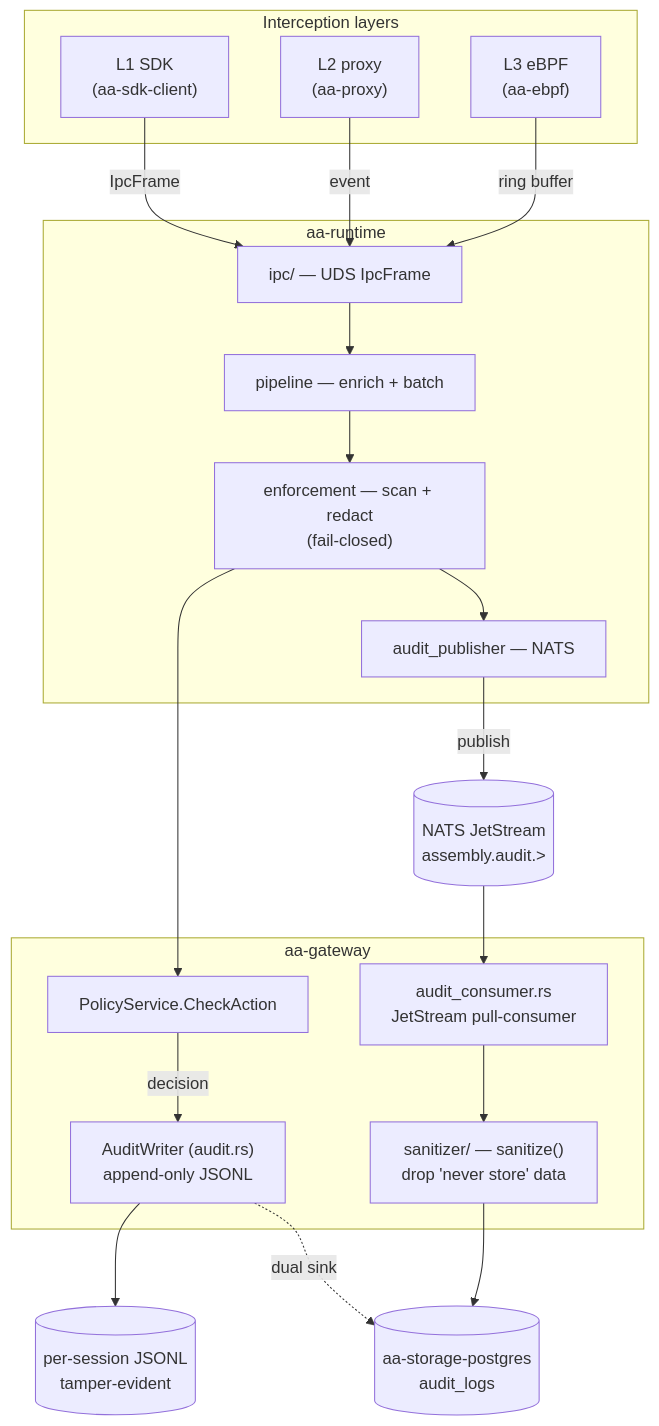
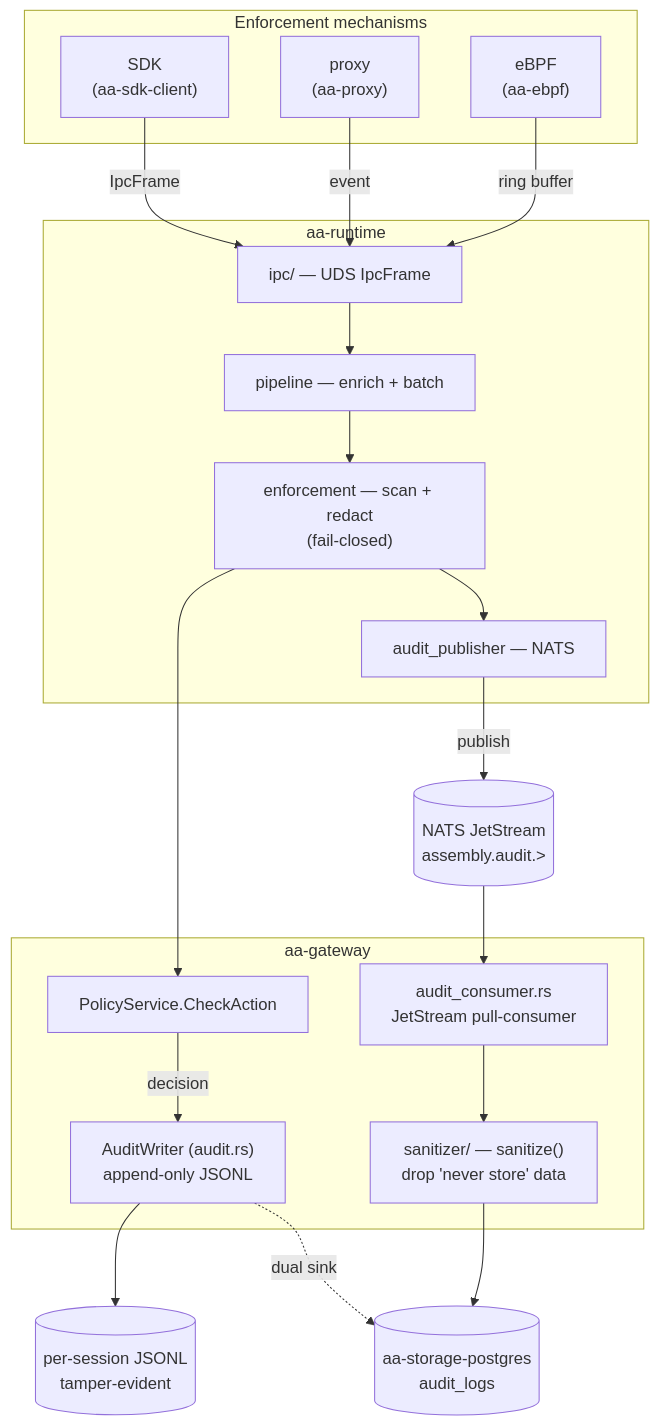
One commit to ai-agent-assembly/agent-assembly changed the first of 4 diagrams in docs/src/architecture/data-flows.md. Above: the diagram before and after it, drawn with Mermaid. The commit also changed other lines of this file and 2 other files, not shown here.

Commit message:
📝 (docs): Re-term capability-matrix.md and data-flows.md diagrams
Re-terms 'three interception layers'/L1·L2·L3 ordering to 'enforcement
mechanisms' in capability-matrix.md's relationship table and
data-flows.md's structural mermaid subgraph + summary table.
capability-matrix.md's banned-absolute L2 claim was already corrected
by a prior ticket and is left as its own historical record.

Per ADR 0033 §A migration checklist — checks off both remaining items.

````diff
--- a/docs/src/architecture/data-flows.md
+++ b/docs/src/architecture/data-flows.md
@@ -12,39 +12,39 @@
 ```mermaid
 flowchart TD
-    subgraph layers["Interception layers"]
-        L1["L1 SDK<br/>(aa-sdk-client)"]
-        L2["L2 proxy<br/>(aa-proxy)"]
-        L3["L3 eBPF<br/>(aa-ebpf)"]
+    subgraph layers["Enforcement mechanisms"]
+        L1["SDK<br/>(aa-sdk-client)"]
+        L2["proxy<br/>(aa-proxy)"]
+        L3["eBPF<br/>(aa-ebpf)"]
     end
 
     subgraph runtime["aa-runtime"]
         IPC["ipc/ — UDS IpcFrame"]
         PIPE["pipeline — enrich + batch"]
         ENF["enforcement — scan + redact<br/>(fail-closed)"]
         PUB["audit_publisher — NATS"]
     end
 
     subgraph gateway["aa-gateway"]
         POL["PolicyService.CheckAction"]
         AW["AuditWriter (audit.rs)<br/>append-only JSONL"]
         SAN["sanitizer/ — sanitize()<br/>drop 'never store' data"]
         CONS["audit_consumer.rs<br/>JetStream pull-consumer"]
     end
 
     NATS[("NATS JetStream<br/>assembly.audit.>")]
     JSONL[("per-session JSONL<br/>tamper-evident")]
     PG[("aa-storage-postgres<br/>audit_logs")]
 
     L1 -->|IpcFrame| IPC
     L2 -->|event| IPC
     L3 -->|ring buffer| IPC
     IPC --> PIPE --> ENF
     ENF --> POL
     ENF --> PUB
     POL -->|decision| AW
     AW --> JSONL
     AW -. dual sink .-> PG
     PUB -->|publish| NATS
     NATS --> CONS
     CONS --> SAN --> PG
 ```
````
